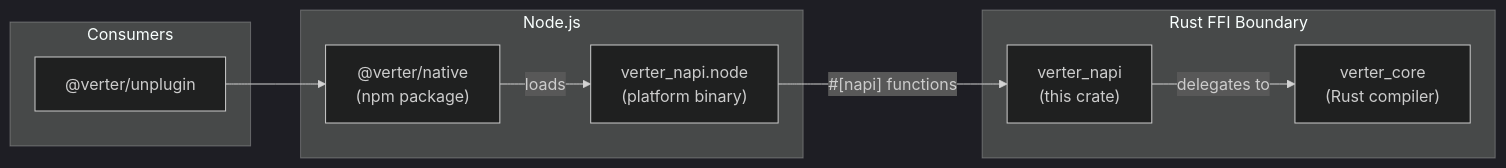
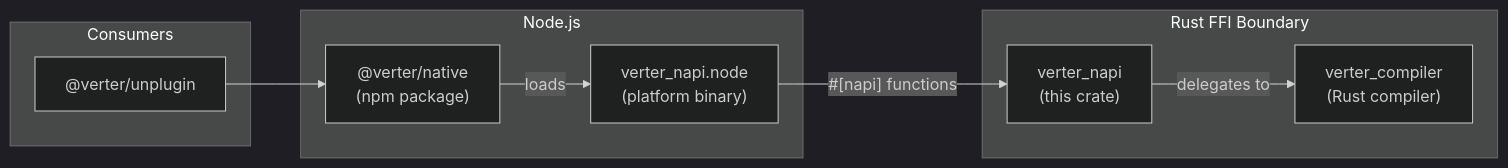
One commit to pikax/verter changed the first of 2 diagrams in crates/verter_napi/README.md. Above: the diagram before and after it, drawn with Mermaid (dark theme). The commit also changed other lines of this file and 29 other files, not shown here.

````diff
--- a/crates/verter_napi/README.md
+++ b/crates/verter_napi/README.md
@@ -10,15 +10,15 @@
 ```mermaid
 graph LR
     subgraph "Node.js"
         A["@verter/native<br/>(npm package)"] -->|loads| B["verter_napi.node<br/>(platform binary)"]
     end
 
     subgraph "Rust FFI Boundary"
         B -->|"#[napi] functions"| C["verter_napi<br/>(this crate)"]
-        C -->|delegates to| D["verter_core<br/>(Rust compiler)"]
+        C -->|delegates to| D["verter_compiler<br/>(Rust compiler)"]
     end
 
     subgraph "Consumers"
         E["@verter/unplugin"] --> A
     end
 ```
````
